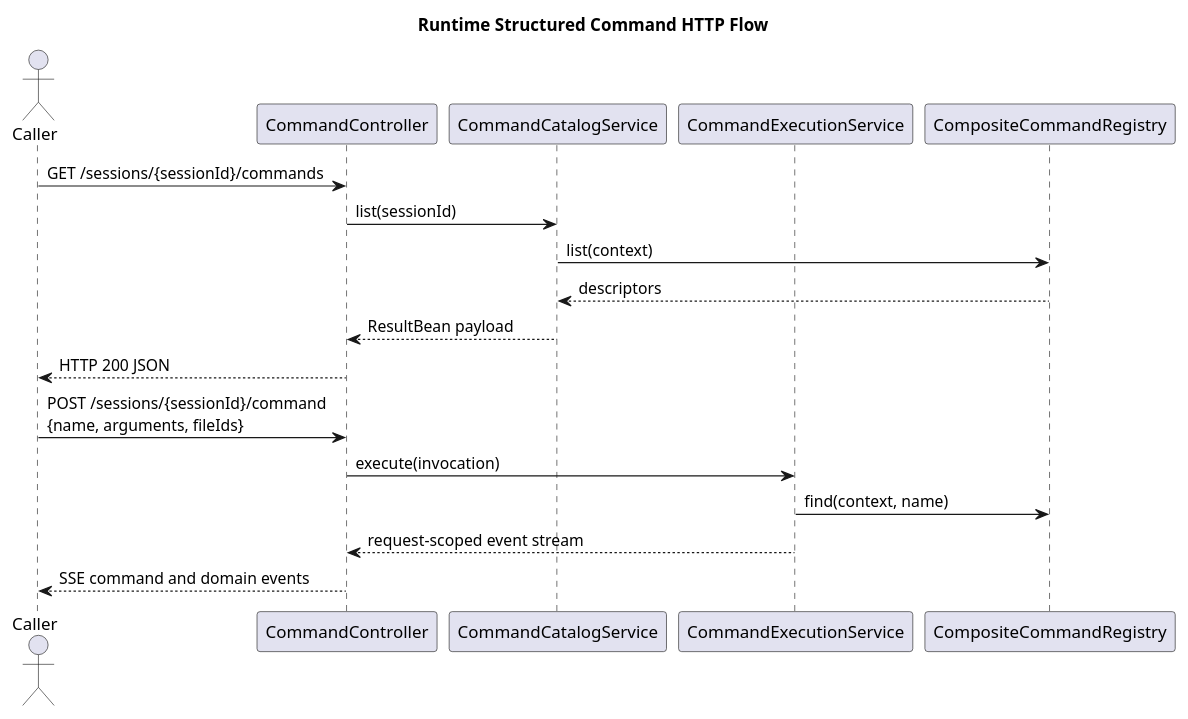
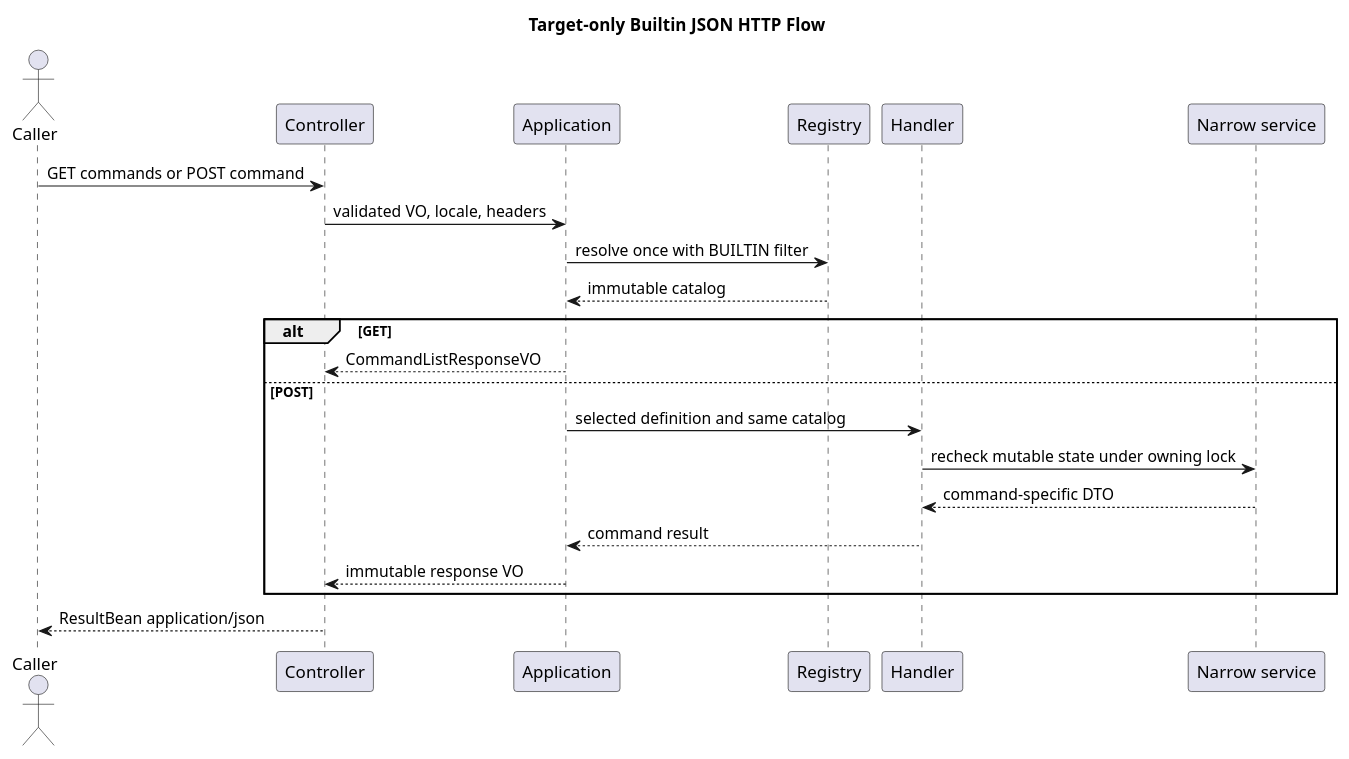
Before and after one commit to ssm0808/pi-mono-java-design: the first of 2 diagrams in 01-总体架构/01-CampusClaw多Agent运行时/设计图/Command/diagram.puml, drawn with PlantUML. The commit also changed other lines of this file and 47 other files, not shown here.

Commit message:
docs(command): 收敛 Builtin JSON 契约与分层交付

```diff
--- a/01-总体架构/01-CampusClaw多Agent运行时/设计图/Command/diagram.puml
+++ b/01-总体架构/01-CampusClaw多Agent运行时/设计图/Command/diagram.puml
@@ -1,28 +1,26 @@
 @startuml command_http_flow
-title Runtime Structured Command HTTP Flow
+title Target-only Builtin JSON HTTP Flow
+' Source evidence: pi-mono-java@d84dd3d6 modules/coding-agent-cli/src/main/java/com/campusclaw/codingagent/runtimeapi/web/RuntimeSessionController.java getSession.
+' Architecture change: command routes use ResultBean JSON and no request SSE.
 skinparam shadowing false
-
-' Source evidence: pi-mono-java@c1311f69 mate-campusclaw/src/main/java/com/huawei/hicampus/mate/matecampusclaw/codingagent/runtimeapi/web/RuntimeEventController.java:39-40
-' Source evidence: codex@be33f80b codex-rs/app-server-protocol/src/protocol/common.rs:528-532,577-581,657-661
-' Observed behavior: Runtime has HTTP Session endpoints but no command endpoints; Codex App Server uses structured operations.
-' Target design: add catalog and execution operations without parsing slash text in Runtime.
-
 actor Caller
-participant CommandController as Controller
-participant CommandCatalogService as Catalog
-participant CommandExecutionService as Execution
-participant CompositeCommandRegistry as Registry
-
-Caller -> Controller : GET /sessions/{sessionId}/commands
-Controller -> Catalog : list(sessionId)
-Catalog -> Registry : list(context)
-Registry --> Catalog : descriptors
-Catalog --> Controller : ResultBean payload
-Controller --> Caller : HTTP 200 JSON
-
-Caller -> Controller : POST /sessions/{sessionId}/command\n{name, arguments, fileIds}
-Controller -> Execution : execute(invocation)
-Execution -> Registry : find(context, name)
-Execution --> Controller : request-scoped event stream
-Controller --> Caller : SSE command and domain events
+participant Controller
+participant Application
+participant Registry
+participant Handler
+participant "Narrow service" as Service
+Caller -> Controller : GET commands or POST command
+Controller -> Application : validated VO, locale, headers
+Application -> Registry : resolve once with BUILTIN filter
+Registry --> Application : immutable catalog
+alt GET
+  Application --> Controller : CommandListResponseVO
+else POST
+  Application -> Handler : selected definition and same catalog
+  Handler -> Service : recheck mutable state under owning lock
+  Service --> Handler : command-specific DTO
+  Handler --> Application : command result
+  Application --> Controller : immutable response VO
+end
+Controller --> Caller : ResultBean application/json
 @enduml
```
